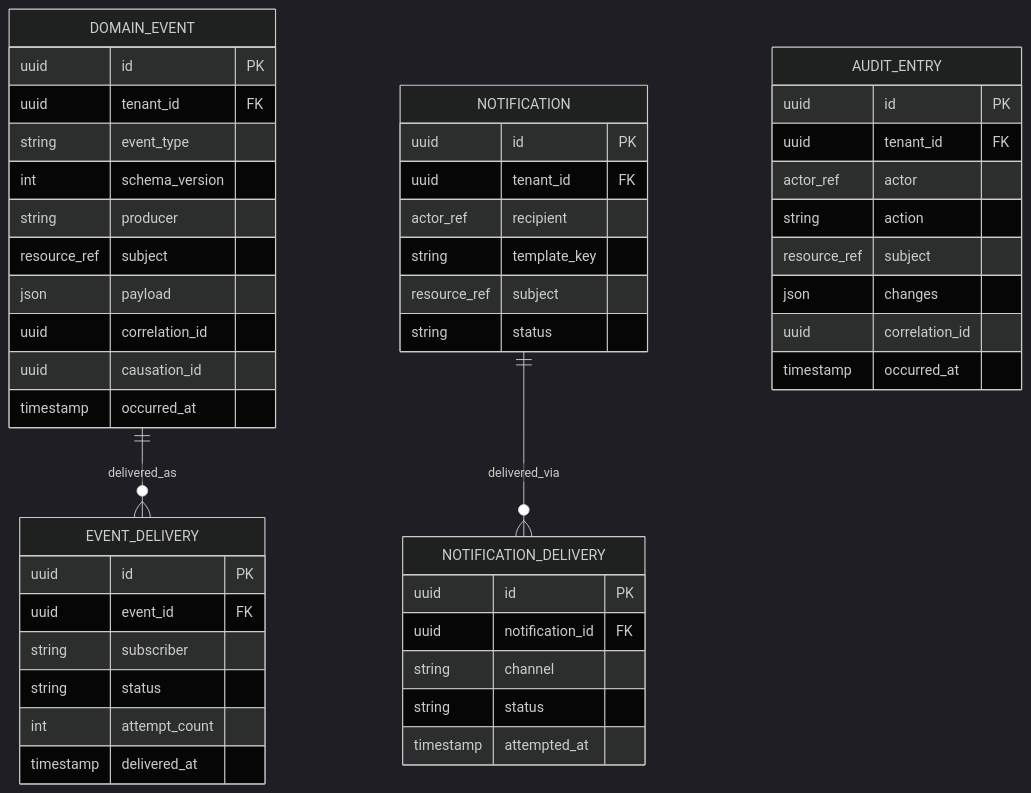
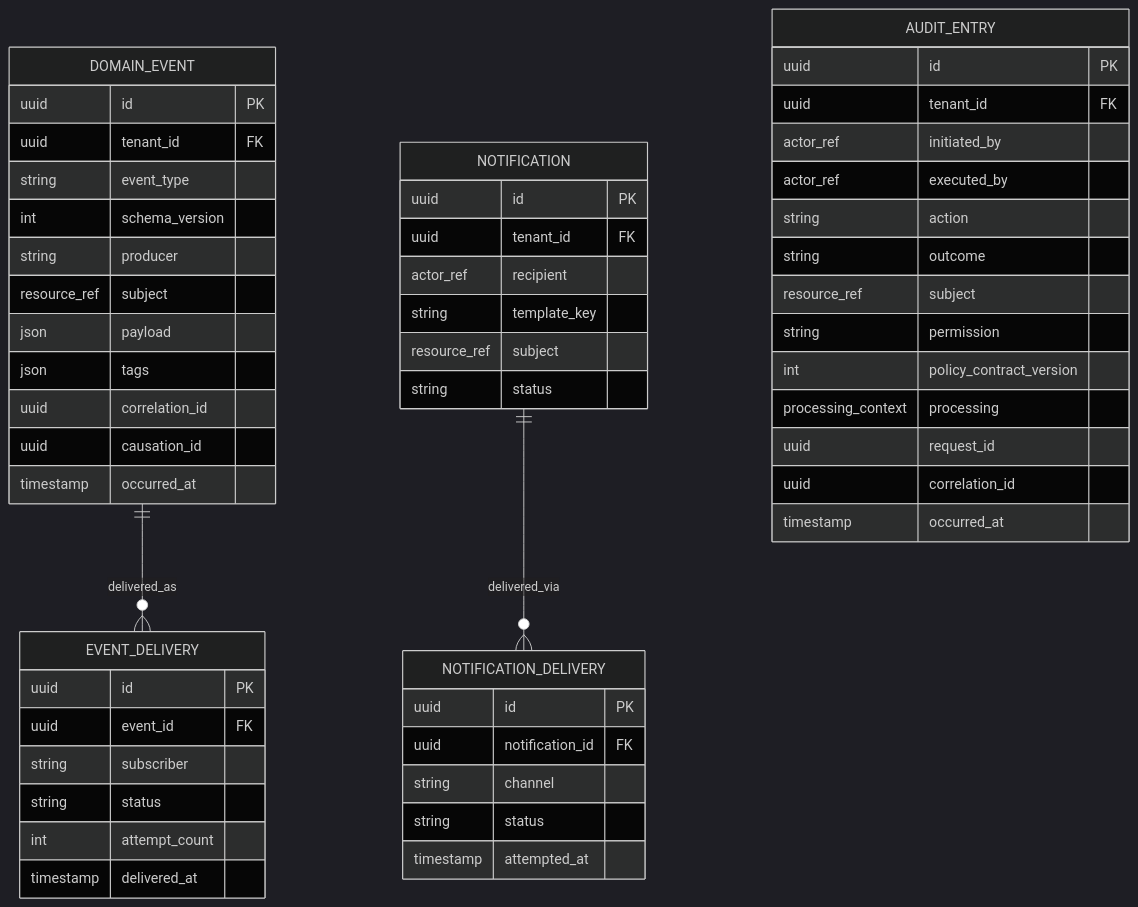
The sixth of 7 diagrams in docs/DATENMODELL.md (dytonpictures/werk-plattform), drawn with Mermaid (dark theme) before and after one commit. The commit also changed other lines of this file and 94 other files, not shown here.

````diff
--- a/docs/DATENMODELL.md
+++ b/docs/DATENMODELL.md
@@ -519,51 +570,57 @@
 ```mermaid
 erDiagram
     DOMAIN_EVENT ||--o{ EVENT_DELIVERY : delivered_as
     NOTIFICATION ||--o{ NOTIFICATION_DELIVERY : delivered_via
 
     DOMAIN_EVENT {
         uuid id PK
         uuid tenant_id FK
         string event_type
         int schema_version
         string producer
         resource_ref subject
         json payload
+        json tags
         uuid correlation_id
         uuid causation_id
         timestamp occurred_at
     }
     AUDIT_ENTRY {
         uuid id PK
         uuid tenant_id FK
-        actor_ref actor
+        actor_ref initiated_by
+        actor_ref executed_by
         string action
+        string outcome
         resource_ref subject
-        json changes
+        string permission
+        int policy_contract_version
+        processing_context processing
+        uuid request_id
         uuid correlation_id
         timestamp occurred_at
     }
     NOTIFICATION {
         uuid id PK
         uuid tenant_id FK
         actor_ref recipient
         string template_key
         resource_ref subject
         string status
     }
     NOTIFICATION_DELIVERY {
         uuid id PK
         uuid notification_id FK
         string channel
         string status
         timestamp attempted_at
     }
     EVENT_DELIVERY {
         uuid id PK
         uuid event_id FK
         string subscriber
         string status
         int attempt_count
         timestamp delivered_at
     }
 ```
````
